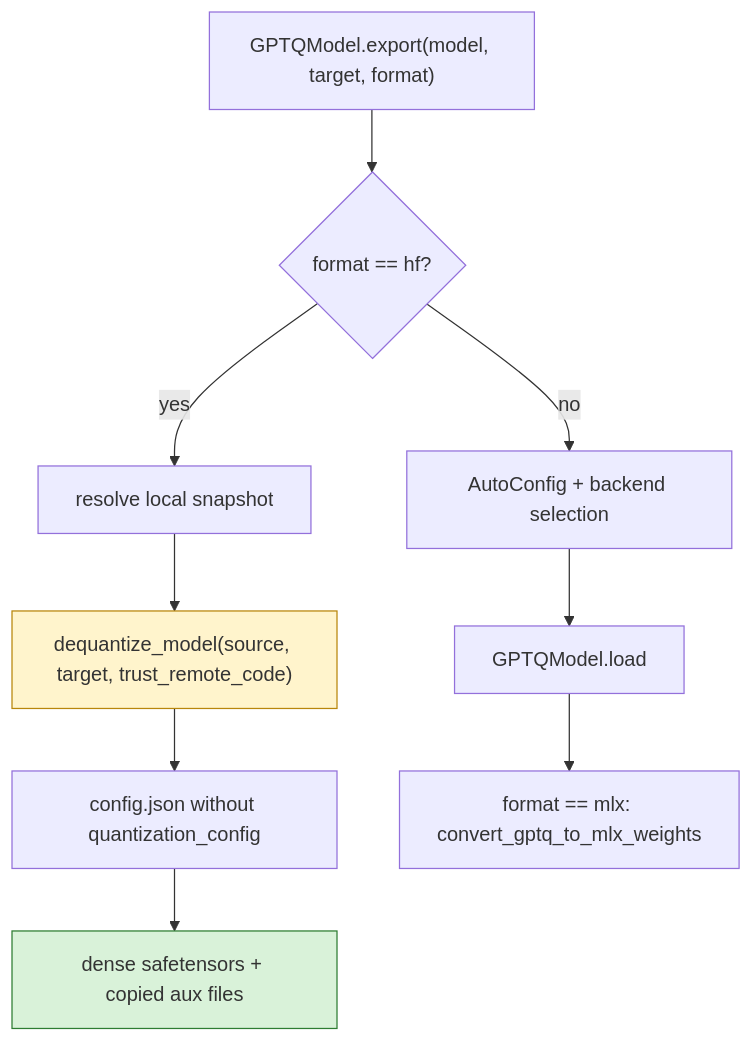
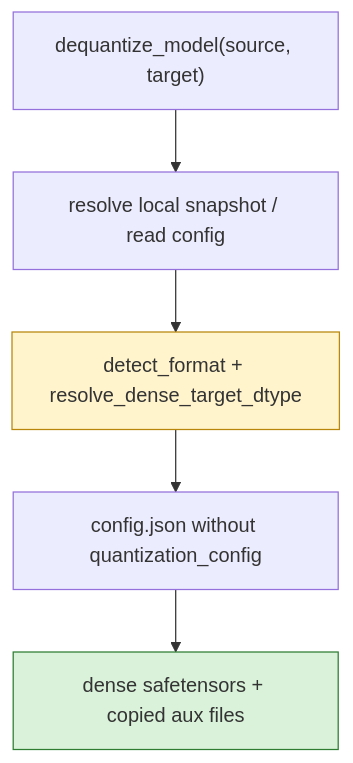
The ninth of 16 diagrams in docs/checkpoint-interop.md (ModelCloud/GPTQModel), drawn with Mermaid before and after one commit. The commit also changed other lines of this file and 11 other files, not shown here.

First line of the commit message:
refactor(api): remove the deprecated GPTQModel.export() API

````diff
--- a/docs/checkpoint-interop.md
+++ b/docs/checkpoint-interop.md
@@ -319,13 +317,9 @@
 ```mermaid
 flowchart TD
-    A["GPTQModel.export(model, target, format)"] --> B{"format == hf?"}
-    B -- yes --> C["resolve local snapshot"]
-    C --> D["dequantize_model(source, target, trust_remote_code)"]
-    D --> E["config.json without quantization_config"]
-    E --> F["dense safetensors + copied aux files"]
-    B -- no --> G["AutoConfig + backend selection"]
-    G --> H["GPTQModel.load"]
-    H --> I["format == mlx: convert_gptq_to_mlx_weights"]
-    style D fill:#fff4cc,stroke:#b8860b
-    style F fill:#d9f2d9,stroke:#2e7d32
+    A["dequantize_model(source, target)"] --> B["resolve local snapshot / read config"]
+    B --> C["detect_format + resolve_dense_target_dtype"]
+    C --> D["config.json without quantization_config"]
+    D --> E["dense safetensors + copied aux files"]
+    style C fill:#fff4cc,stroke:#b8860b
+    style E fill:#d9f2d9,stroke:#2e7d32
 ```
````
